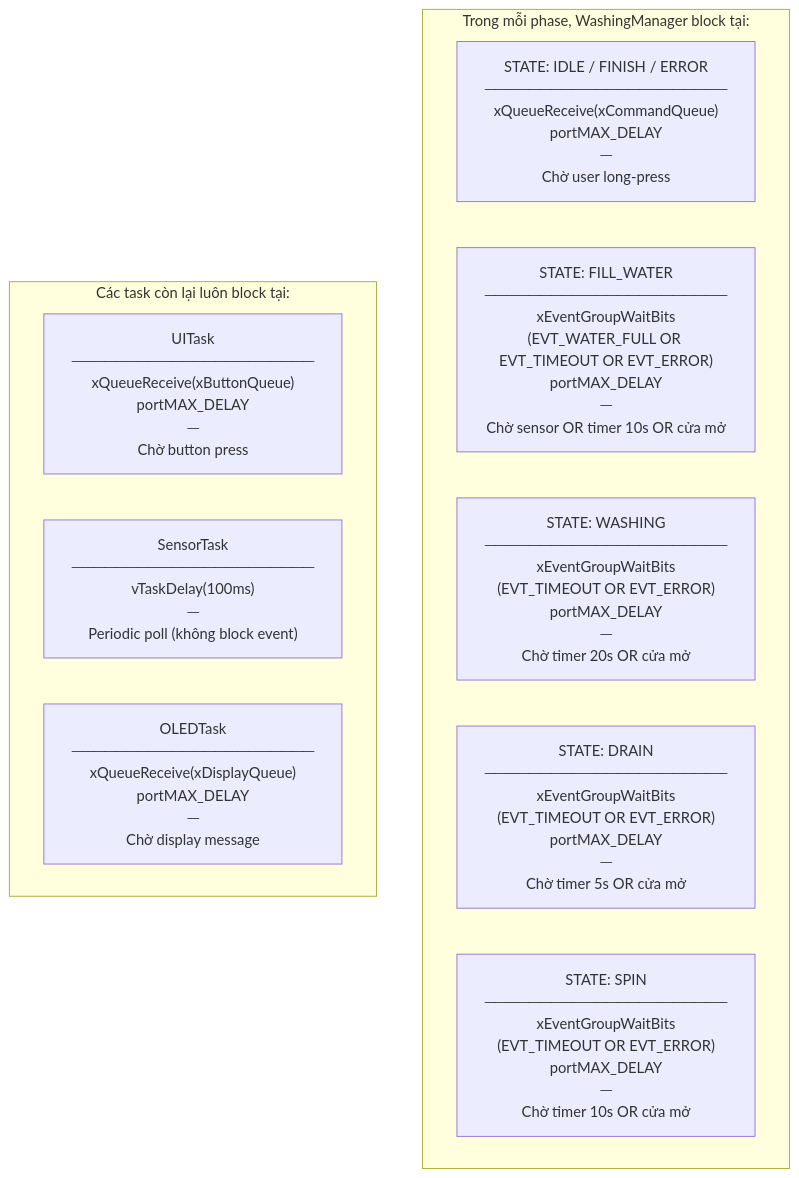
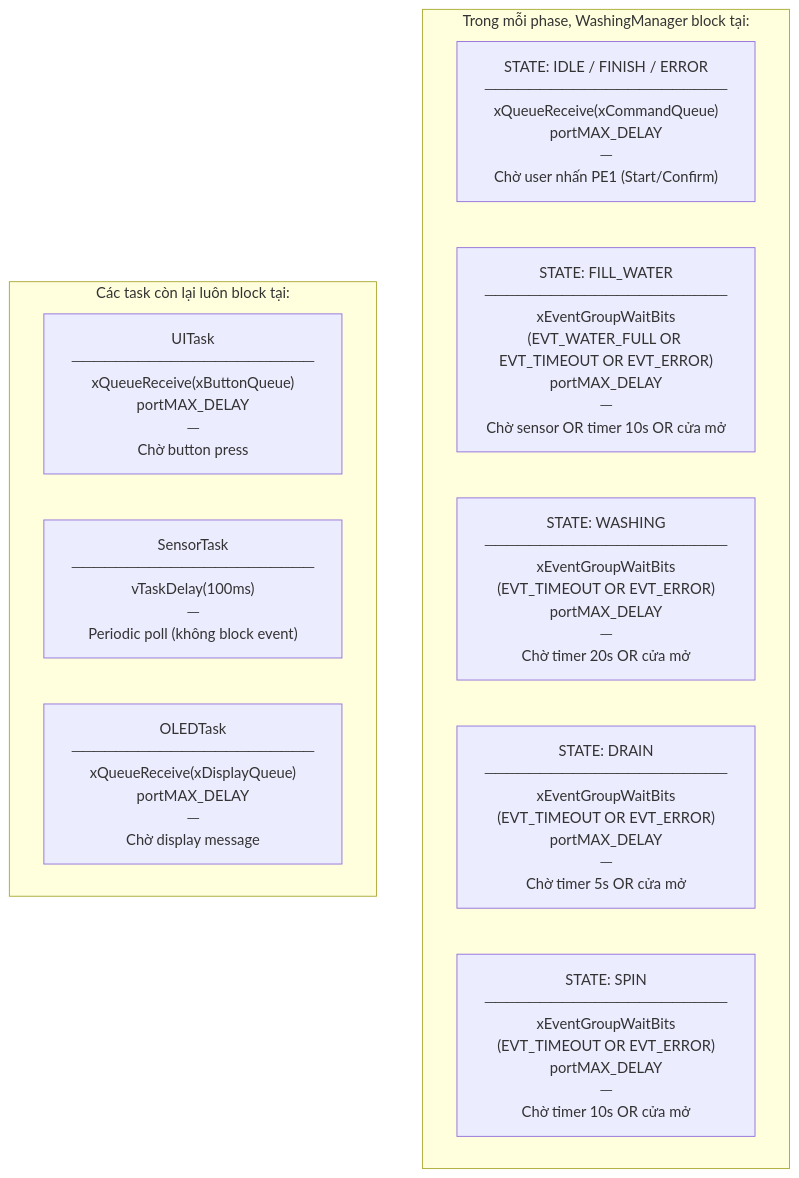
One commit to TTonyVi/Freertos_ST changed the ninth of 9 diagrams in docs/SYSTEM_DIAGRAMS.md. Above: the diagram before and after it, drawn with Mermaid. The commit also changed other lines of this file and 15 other files, not shown here.

````diff
--- a/docs/SYSTEM_DIAGRAMS.md
+++ b/docs/SYSTEM_DIAGRAMS.md
@@ -437,22 +453,22 @@
 ```mermaid
 flowchart TD
     subgraph "Trong mỗi phase, WashingManager block tại:"
-        IDLE_B["STATE: IDLE / FINISH / ERROR\n──────────────────────\nxQueueReceive(xCommandQueue)\nportMAX_DELAY\n─\nChờ user long-press"]
+        IDLE_B["STATE: IDLE / FINISH / ERROR\n──────────────────────\nxQueueReceive(xCommandQueue)\nportMAX_DELAY\n─\nChờ user nhấn PE1 (Start/Confirm)"]
 
         FILL_B["STATE: FILL_WATER\n──────────────────────\nxEventGroupWaitBits\n(EVT_WATER_FULL OR EVT_TIMEOUT OR EVT_ERROR)\nportMAX_DELAY\n─\nChờ sensor OR timer 10s OR cửa mở"]
 
         WASH_B["STATE: WASHING\n──────────────────────\nxEventGroupWaitBits\n(EVT_TIMEOUT OR EVT_ERROR)\nportMAX_DELAY\n─\nChờ timer 20s OR cửa mở"]
 
         DRAIN_B["STATE: DRAIN\n──────────────────────\nxEventGroupWaitBits\n(EVT_TIMEOUT OR EVT_ERROR)\nportMAX_DELAY\n─\nChờ timer 5s OR cửa mở"]
 
         SPIN_B["STATE: SPIN\n──────────────────────\nxEventGroupWaitBits\n(EVT_TIMEOUT OR EVT_ERROR)\nportMAX_DELAY\n─\nChờ timer 10s OR cửa mở"]
     end
 
     subgraph "Các task còn lại luôn block tại:"
         UI_B["UITask\n──────────────────────\nxQueueReceive(xButtonQueue)\nportMAX_DELAY\n─\nChờ button press"]
 
         SENS_B["SensorTask\n──────────────────────\nvTaskDelay(100ms)\n─\nPeriodic poll (không block event)"]
 
         OLED_B["OLEDTask\n──────────────────────\nxQueueReceive(xDisplayQueue)\nportMAX_DELAY\n─\nChờ display message"]
     end
 ```
````
